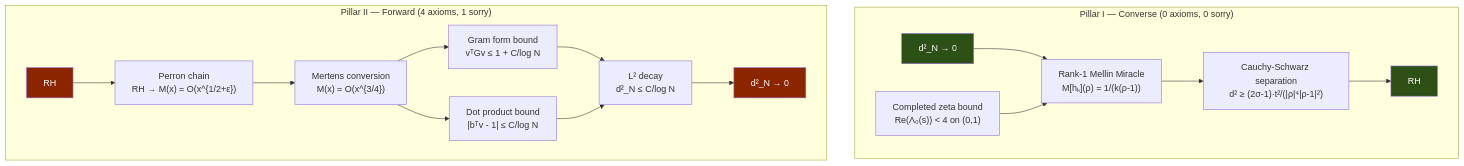
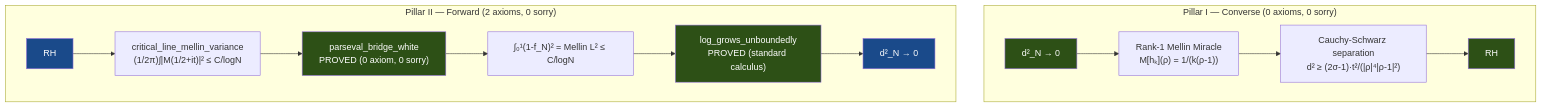
Before and after one commit to jrgochan/prime: the diagram in OVERVIEW.md, drawn with Mermaid. The commit also changed other lines of this file and 2 other files, not shown here.

First line of the commit message:
docs: update README, OVERVIEW, ARCHIVE for v11 Mellin Crown

````diff
--- a/OVERVIEW.md
+++ b/OVERVIEW.md
@@ -31,29 +34,27 @@
 ```mermaid
 graph TD
     subgraph "Pillar I — Converse (0 axioms, 0 sorry)"
         C1["d²_N → 0"]
         C2["Rank-1 Mellin Miracle<br/>M[hₖ](ρ) = 1/(k(ρ-1))"]
         C3["Cauchy-Schwarz separation<br/>d² ≥ (2σ-1)·t²/(|ρ|⁴|ρ-1|²)"]
-        C4["Completed zeta bound<br/>Re(Λ₀(s)) < 4 on (0,1)"]
         C5["RH"]
         C1 --> C2 --> C3 --> C5
-        C4 --> C2
     end
 
-    subgraph "Pillar II — Forward (4 axioms, 1 sorry)"
+    subgraph "Pillar II — Forward (2 axioms, 0 sorry)"
         F1["RH"]
-        F2["Perron chain<br/>RH → M(x) = O(x^{1/2+ε})"]
-        F3["Mertens conversion<br/>M(x) = O(x^{3/4})"]
-        F4["Gram form bound<br/>vᵀGv ≤ 1 + C/log N"]
-        F5["Dot product bound<br/>|bᵀv - 1| ≤ C/log N"]
-        F6["L² decay<br/>d²_N ≤ C/log N"]
-        F7["d²_N → 0"]
-        F1 --> F2 --> F3 --> F4 --> F6 --> F7
-        F3 --> F5 --> F6
+        F2["critical_line_mellin_variance<br/>(1/2π)∫|M(1/2+it)|² ≤ C/logN"]
+        F3["parseval_bridge_white<br/>PROVED (0 axiom, 0 sorry)"]
+        F4["∫₀¹(1-f_N)² = Mellin L² ≤ C/logN"]
+        F5["log_grows_unboundedly<br/>PROVED (standard calculus)"]
+        F6["d²_N → 0"]
+        F1 --> F2 --> F3 --> F4 --> F5 --> F6
     end
 
     style C1 fill:#2d5016,color:white
     style C5 fill:#2d5016,color:white
-    style F1 fill:#8b2500,color:white
-    style F7 fill:#8b2500,color:white
+    style F1 fill:#1a4a8a,color:white
+    style F6 fill:#1a4a8a,color:white
+    style F3 fill:#2d5016,color:white
+    style F5 fill:#2d5016,color:white
 ```
````
